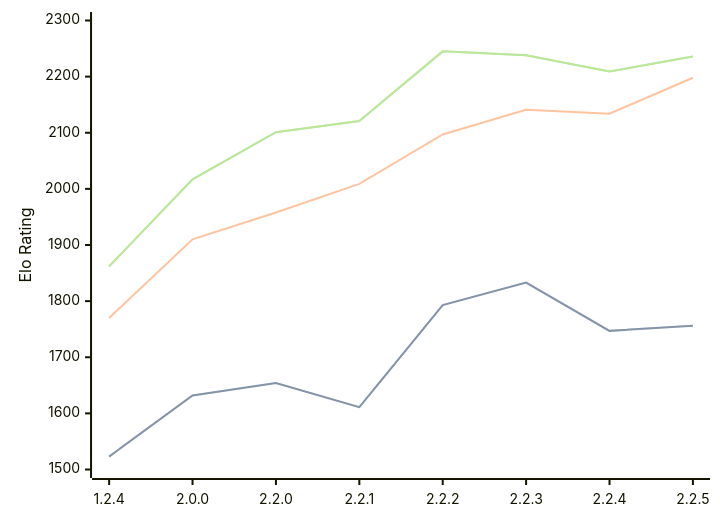
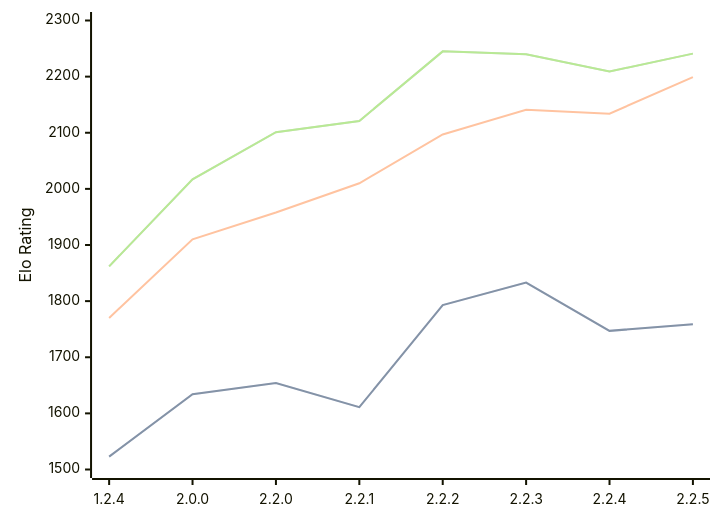
Before and after one commit to computer-chess-index/cci: the diagram in engines/Kreveta.md, drawn with Mermaid. The commit also changed other lines of this file, not shown here.

Commit message:
Update CCI Ratings (ELO VLTC) - 2026-03-27

````diff
--- a/engines/Kreveta.md
+++ b/engines/Kreveta.md
@@ -41,11 +41,11 @@
 ```mermaid
 %%{init: {"theme":"base","themeVariables":{"seriesColors:['#a3a3a3','#222221','#faa371']}}}%%
 xychart-beta
   x-axis ["1.2.4", "2.0.0", "2.2.0", "2.2.1", "2.2.2", "2.2.3", "2.2.4", "2.2.5"]
   y-axis "Elo Rating" 1500 --> 2300
-  line "STC (8.0+0.08s)" [1523, 1632, 1654, 1611, 1793, 1833, 1747, 1756]
-  line "STC (8.0+0.08s)" [1523, 1632, 1654, 1611, 1793, 1833, 1747, 1756]
-  line "LTC (60.0+0.60s)" [1770, 1910, 1958, 2009, 2097, 2141, 2134, 2198]
-  line "VLTC (2m24s+1.12s)" [1862, 2017, 2101, 2121, 2245, 2238, 2209, 2236]
-  line "VLTC (2m24s+1.12s)" [1862, 2017, 2101, 2121, 2245, 2238, 2209, 2236]
+  line "STC (8.0+0.08s)" [1523, 1634, 1654, 1611, 1793, 1833, 1747, 1759]
+  line "STC (8.0+0.08s)" [1523, 1634, 1654, 1611, 1793, 1833, 1747, 1759]
+  line "LTC (60.0+0.60s)" [1770, 1910, 1958, 2010, 2097, 2141, 2134, 2199]
+  line "VLTC (2m24s+1.12s)" [1862, 2017, 2101, 2121, 2245, 2240, 2209, 2241]
+  line "VLTC (2m24s+1.12s)" [1862, 2017, 2101, 2121, 2245, 2240, 2209, 2241]
 ```
````
